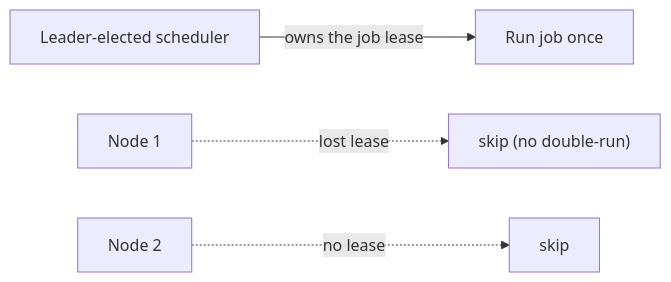
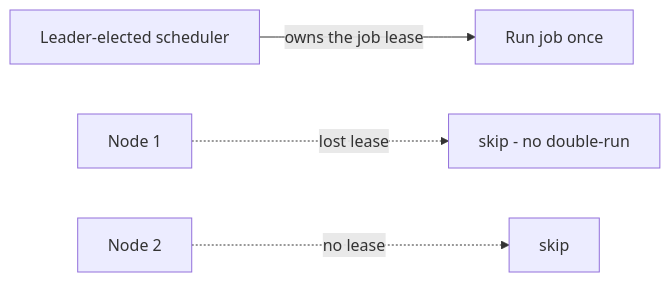
Before and after one commit to RIT-MESH/system-design-mastery: the second of 3 diagrams in docs/02-core-components/06-workers-schedulers-notifications.md, drawn with Mermaid. The commit also changed other lines of this file and 139 other files, not shown here.

First line of the commit message:
Fix Mermaid parse errors: replace parentheses in node labels across 140 files

````diff
--- a/docs/02-core-components/06-workers-schedulers-notifications.md
+++ b/docs/02-core-components/06-workers-schedulers-notifications.md
@@ -41,7 +41,7 @@
 ```mermaid
 %% created-for: system-design-mastery
 flowchart LR
   Leader["Leader-elected scheduler"] -->|"owns the job lease"| Job["Run job once"]
-  N1["Node 1"] -.lost lease.-> Skip["skip (no double-run)"]
+  N1["Node 1"] -.lost lease.-> Skip["skip - no double-run"]
   N2["Node 2"] -.no lease.-> Skip2["skip"]
 ```
````
